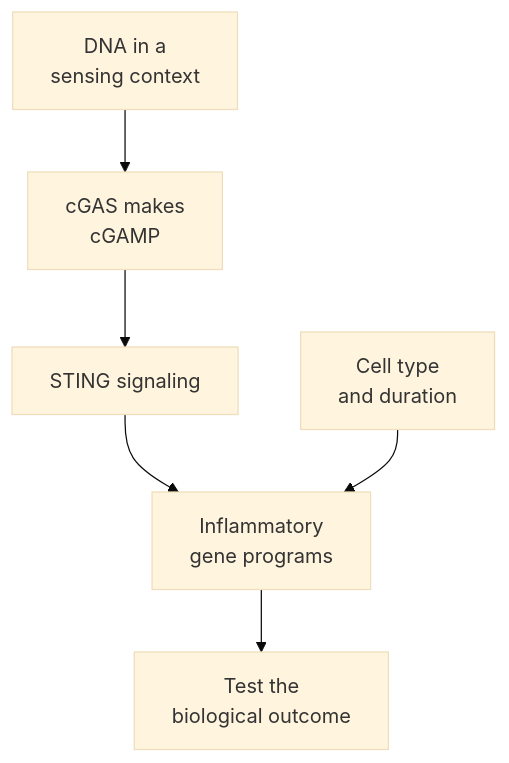
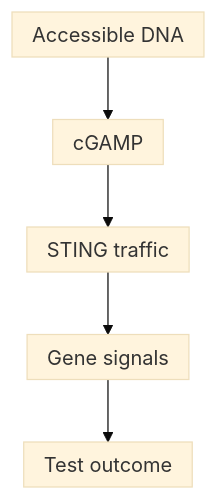
Before and after one commit to jasonLaster/oncoguide: the diagram in wiki/education/concepts/immunology/innate-and-unconventional-cells/cgas-sting.md, drawn with Mermaid (base theme). The commit also changed other lines of this file and 30 other files, not shown here.

````diff
--- a/wiki/education/concepts/immunology/innate-and-unconventional-cells/cgas-sting.md
+++ b/wiki/education/concepts/immunology/innate-and-unconventional-cells/cgas-sting.md
@@ -42,8 +38,8 @@
 ```mermaid
+%%{init: {"htmlLabels":false,"flowchart":{"htmlLabels":false,"padding":8,"nodeSpacing":25}}}%%
 flowchart TD
-  A["DNA in a<br/>sensing context"] --> B["cGAS makes<br/>cGAMP"]
-  B --> C[STING signaling]
-  C --> D["Inflammatory<br/>gene programs"]
-  E["Cell type<br/>and duration"] --> D
-  D --> F["Test the<br/>biological outcome"]
+  A["Accessible DNA"] --> B[cGAMP]
+  B --> C["STING traffic"]
+  C --> D["Gene signals"]
+  D --> E["Test outcome"]
 ```
````
